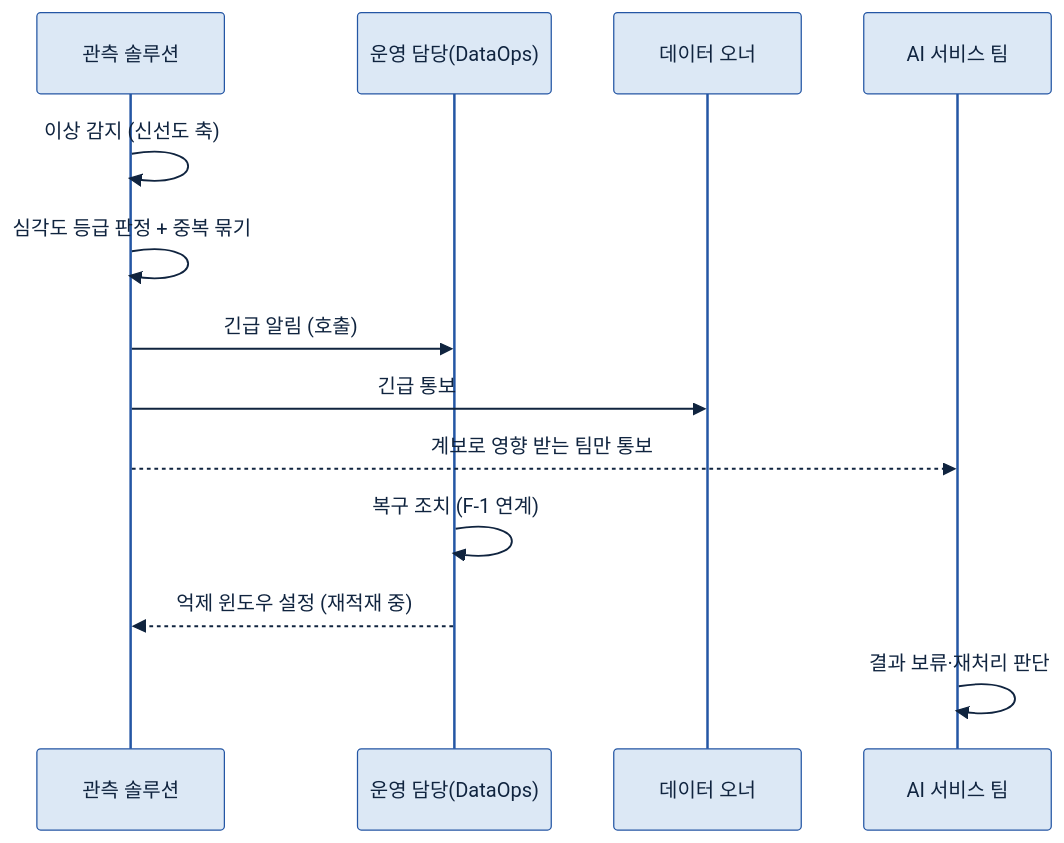
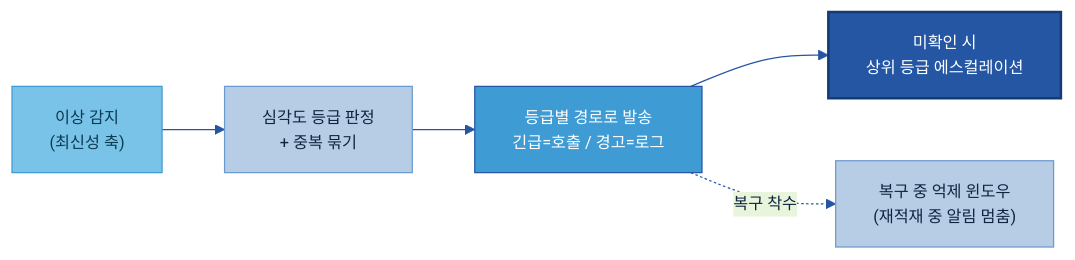
Before and after one commit to jin-kearney/ai-ready-data-manual: the fourth of 4 diagrams in 가이드 작성/C-1 Observability/C-1 Observability.md, drawn with Mermaid. The commit also changed other lines of this file and 3 other files, not shown here.

First line of the commit message:
docs(C-1): 관측 4축 '신선도'→'최신성', 알림 체계에서 R&R·역할 제거 (고객 피드백)

````diff
--- a/가이드 작성/C-1 Observability/C-1 Observability.md
+++ b/가이드 작성/C-1 Observability/C-1 Observability.md
@@ -340,16 +339,15 @@
 ```mermaid
 %%{init: {'theme':'base','themeVariables':{'primaryColor':'#DCE8F5','primaryBorderColor':'#2456A4','primaryTextColor':'#10243f','lineColor':'#2456A4','fontSize':'13px'}}}%%
-sequenceDiagram
-    participant M as 관측 솔루션
-    participant O as 운영 담당(DataOps)
-    participant N as 데이터 오너
-    participant A as AI 서비스 팀
-    M->>M: 이상 감지 (신선도 축)
-    M->>M: 심각도 등급 판정 + 중복 묶기
-    M->>O: 긴급 알림 (호출)
-    M->>N: 긴급 통보
-    M-->>A: 계보로 영향 받는 팀만 통보
-    O->>O: 복구 조치 (F-1 연계)
-    O-->>M: 억제 윈도우 설정 (재적재 중)
-    A->>A: 결과 보류·재처리 판단
+flowchart LR
+    D["이상 감지<br/>(최신성 축)"]:::src
+    G["심각도 등급 판정<br/>+ 중복 묶기"]:::n
+    R["등급별 경로로 발송<br/>긴급=호출 / 경고=로그"]:::gate
+    E["미확인 시<br/>상위 등급 에스컬레이션"]:::cat
+    S["복구 중 억제 윈도우<br/>(재적재 중 알림 멈춤)"]:::n
+    D --> G --> R --> E
+    R -.복구 착수.-> S
+    classDef n fill:#B7CDE6,stroke:#6B9AD1,color:#10243f;
+    classDef src fill:#79C3E8,stroke:#3F9BD4,color:#0b3a52;
+    classDef gate fill:#3F9BD4,stroke:#2456A4,color:#fff;
+    classDef cat fill:#2456A4,color:#fff,stroke:#163a73,stroke-width:2px;
 ```
````
